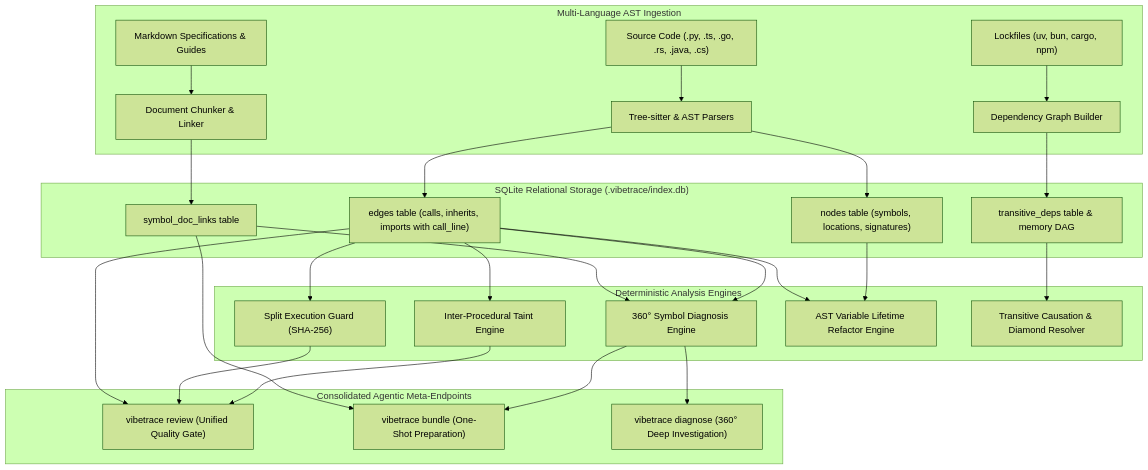
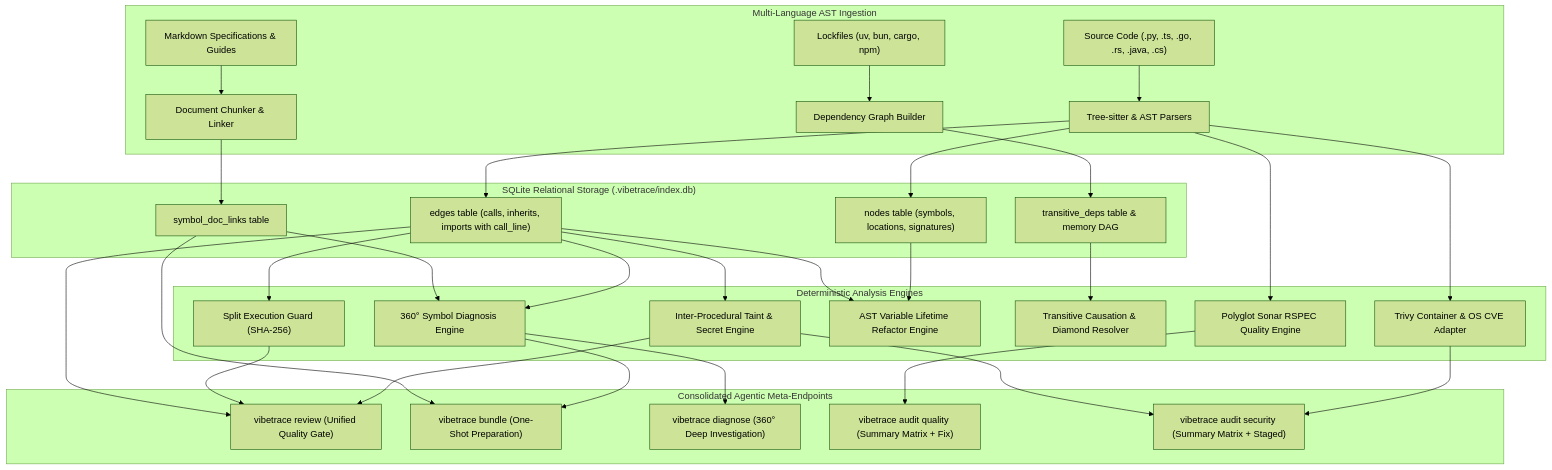
The first of 3 diagrams in docs/architecture/core_engines.md (serguei9090/VibeTrace), drawn with Mermaid (forest theme) before and after one commit. The commit also changed other lines of this file and 3 other files, not shown here.

Commit message:
docs: update README benefits, usage guide, security/quality docs and changelog

````diff
--- a/docs/architecture/core_engines.md
+++ b/docs/architecture/core_engines.md
@@ -9,29 +9,33 @@
 ```mermaid
 flowchart TD
     subgraph Ingestion ["Multi-Language AST Ingestion"]
         SRC["Source Code (.py, .ts, .go, .rs, .java, .cs)"] --> AST["Tree-sitter & AST Parsers"]
         LOCK["Lockfiles (uv, bun, cargo, npm)"] --> DAG["Dependency Graph Builder"]
         DOC["Markdown Specifications & Guides"] --> CHUNK["Document Chunker & Linker"]
     end
 
     subgraph RelationalDB ["SQLite Relational Storage (.vibetrace/index.db)"]
         AST --> N["nodes table (symbols, locations, signatures)"]
         AST --> E["edges table (calls, inherits, imports with call_line)"]
         DAG --> DEPS["transitive_deps table & memory DAG"]
         CHUNK --> LINKS["symbol_doc_links table"]
     end
 
     subgraph IntelligenceEngines ["Deterministic Analysis Engines"]
-        E --> TAINT["Inter-Procedural Taint Engine"]
+        E --> TAINT["Inter-Procedural Taint & Secret Engine"]
         E --> SPLITS["Split Execution Guard (SHA-256)"]
         E & LINKS --> DIAG["360° Symbol Diagnosis Engine"]
         N & E --> REFACTOR["AST Variable Lifetime Refactor Engine"]
         DEPS --> WHY["Transitive Causation & Diamond Resolver"]
+        AST --> QUALITY["Polyglot Sonar RSPEC Quality Engine"]
+        AST --> TRIVY["Trivy Container & OS CVE Adapter"]
     end
 
     subgraph AgenticMeta ["Consolidated Agentic Meta-Endpoints"]
         TAINT & SPLITS & E --> REVIEW["vibetrace review (Unified Quality Gate)"]
         DIAG & LINKS --> BUNDLE["vibetrace bundle (One-Shot Preparation)"]
         DIAG --> DIAGNOSE["vibetrace diagnose (360° Deep Investigation)"]
+        QUALITY --> AUDIT_Q["vibetrace audit quality (Summary Matrix + Fix)"]
+        TRIVY & TAINT --> AUDIT_S["vibetrace audit security (Summary Matrix + Staged)"]
     end
 ```
````
